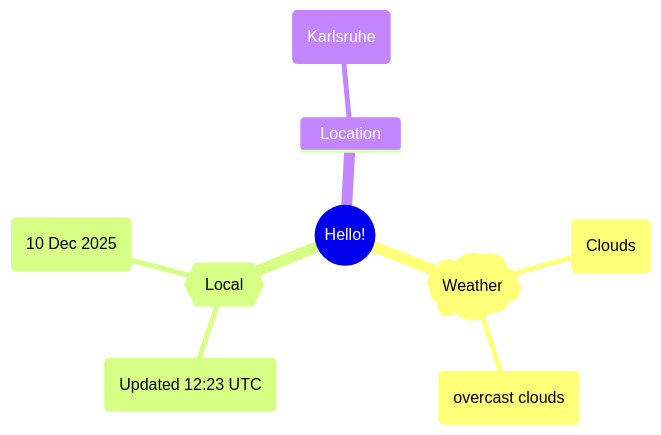
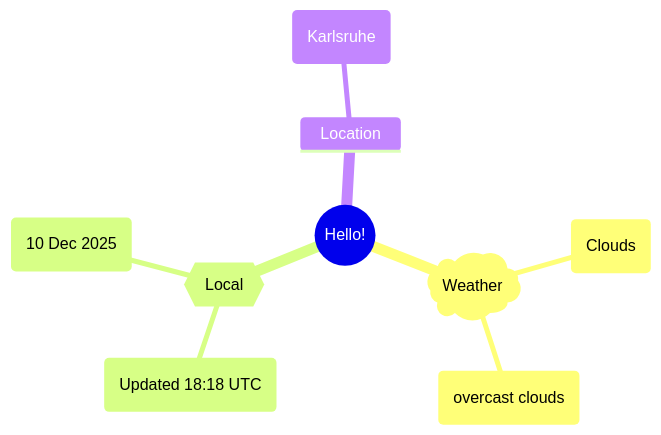
The first of 2 diagrams in README.md (Xosrov/Xosrov), drawn with Mermaid before and after one commit.

Commit message:
[bot] updated images

````diff
--- a/README.md
+++ b/README.md
@@ -3,12 +3,12 @@
 ```mermaid
 mindmap
   root((Hello!))
     )Weather(
         (Clouds)
         (overcast clouds)
     {{Local}}
-        (Updated 12:23 UTC)
+        (Updated 18:18 UTC)
         (10 Dec 2025)
     Location
         (Karlsruhe)
 ```
````
